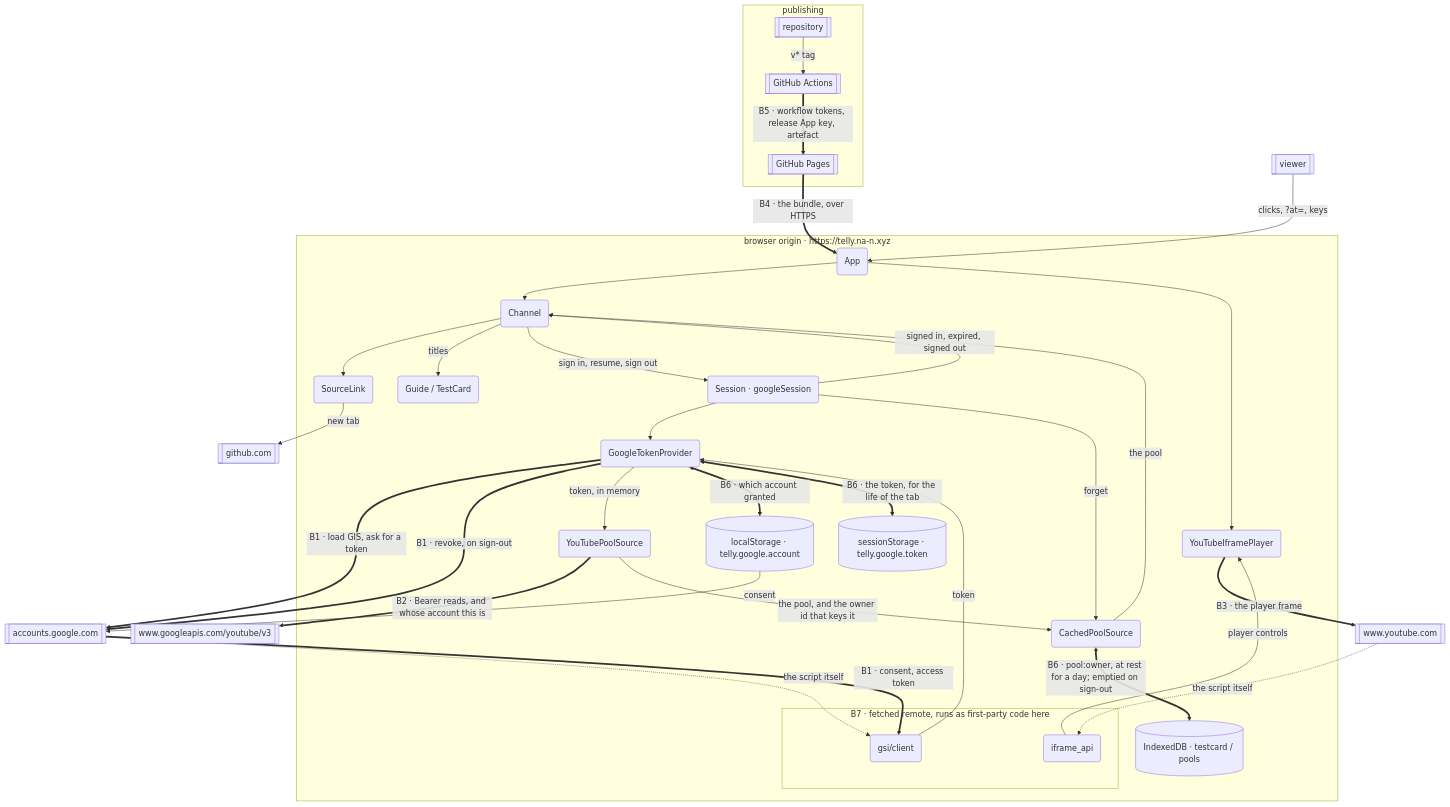
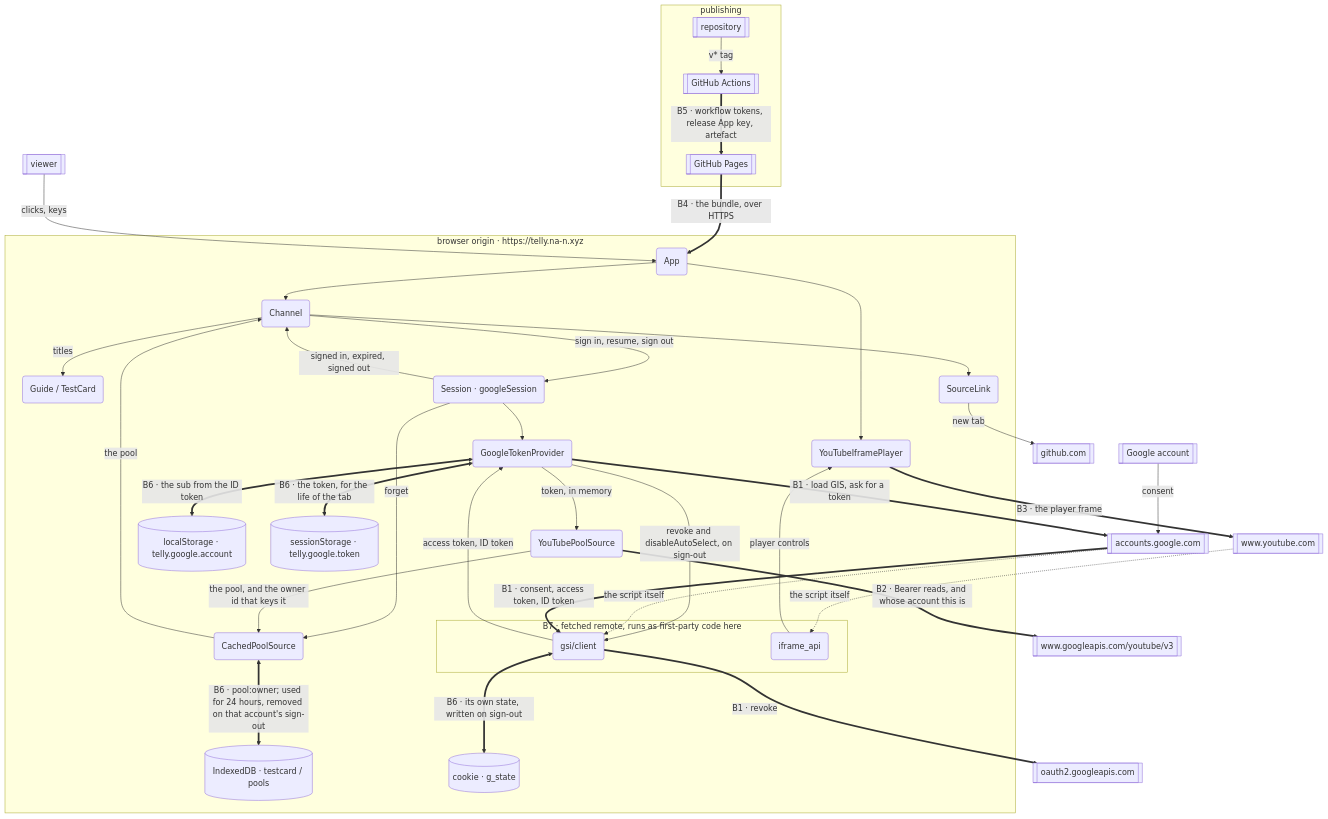
Before and after one commit to coolhandle01/telly: the diagram in docs/architecture/threat-model.md, drawn with Mermaid. The commit also changed other lines of this file and 30 other files, not shown here.

````diff
--- a/docs/architecture/threat-model.md
+++ b/docs/architecture/threat-model.md
@@ -21,69 +22,73 @@
 ```mermaid
 flowchart TB
   viewer[["viewer"]]
   account[["Google account"]]
 
   subgraph build["publishing"]
     repo[["repository"]] -->|"v* tag"| actions[["GitHub Actions"]]
     actions ==>|"B5 · workflow tokens, release App key, artefact"| pages[["GitHub Pages"]]
   end
 
   subgraph origin["browser origin · https://telly.na-n.xyz"]
     app("App")
     channel("Channel")
     guide("Guide / TestCard")
     sourcelink("SourceLink")
     session("Session · googleSession")
     provider("GoogleTokenProvider")
     ytpool("YouTubePoolSource")
     cached("CachedPoolSource")
     idb[("IndexedDB · testcard / pools")]
-    account[("localStorage · telly.google.account")]
+    accountid[("localStorage · telly.google.account")]
     token[("sessionStorage · telly.google.token")]
+    gstate[("cookie · g_state")]
     player("YouTubeIframePlayer")
 
     subgraph scripts["B7 · fetched remote, runs as first-party code here"]
       gsi("gsi/client")
       ytapi("iframe_api")
     end
   end
 
   accounts[["accounts.google.com"]]
+  oauth2[["oauth2.googleapis.com"]]
   api[["www.googleapis.com/youtube/v3"]]
   youtube[["www.youtube.com"]]
   github[["github.com"]]
 
   pages ==>|"B4 · the bundle, over HTTPS"| app
-  viewer -->|"clicks, ?at=, keys"| app
+  viewer -->|"clicks, keys"| app
   account -->|"consent"| accounts
 
   app --> channel
   app --> player
   channel --> sourcelink
   channel -->|"titles"| guide
   cached -->|"the pool"| channel
 
   channel -->|"sign in, resume, sign out"| session
   session -->|"signed in, expired, signed out"| channel
   session --> provider
   session -->|"forget"| cached
 
   provider ==>|"B1 · load GIS, ask for a token"| accounts
-  provider ==>|"B1 · revoke, on sign-out"| accounts
+  provider -->|"revoke and disableAutoSelect, on sign-out"| gsi
+  gsi ==>|"B1 · revoke"| oauth2
   accounts -.->|"the script itself"| gsi
-  accounts ==>|"B1 · consent, access token"| gsi
-  gsi -->|"token"| provider
+  accounts ==>|"B1 · consent, access token, ID token"| gsi
+  gsi -->|"access token, ID token"| provider
+  gsi <==>|"B6 · its own state, written on sign-out"| gstate
   provider -->|"token, in memory"| ytpool
-  provider <==>|"B6 · which account granted"| account
+  provider <==>|"B6 · the sub from the ID token"| accountid
   provider <==>|"B6 · the token, for the life of the tab"| token
 
   ytpool ==>|"B2 · Bearer reads, and whose account this is"| api
   ytpool -->|"the pool, and the owner id that keys it"| cached
-  cached <==>|"B6 · pool:owner, at rest for a day; emptied on sign-out"| idb
+  cached <==>|"B6 · pool:owner; used for 24 hours, removed on that account's sign-out"| idb
 
   player ==>|"B3 · the player frame"| youtube
   youtube -.->|"the script itself"| ytapi
   ytapi -->|"player controls"| player
 
   sourcelink -->|"new tab"| github
 ```
````
